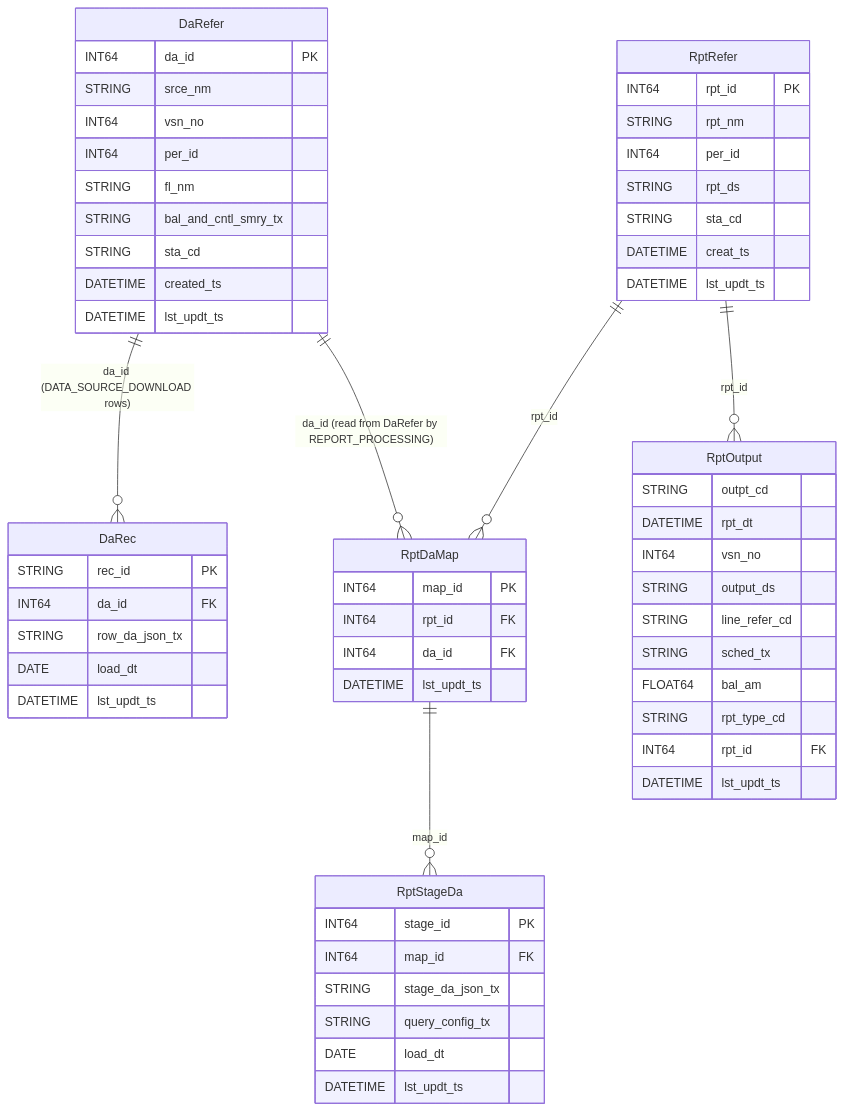
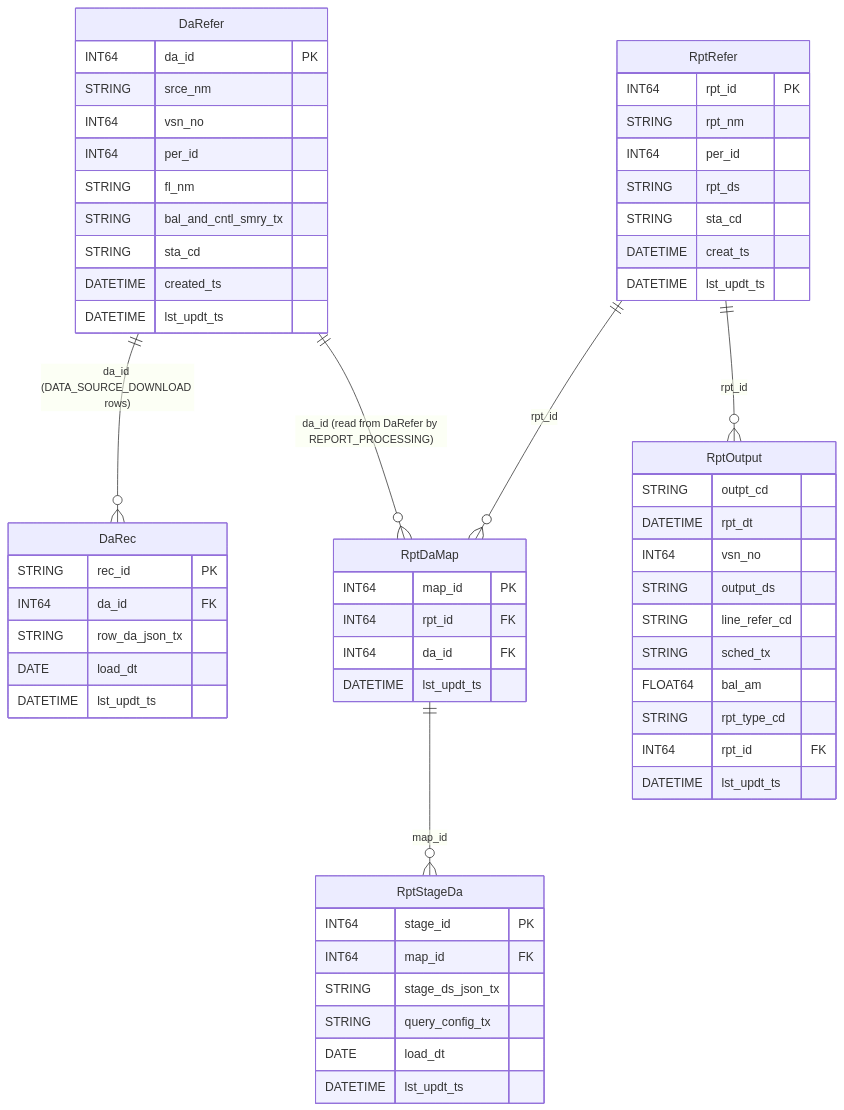
One commit to tushark-16bit/beam_framework changed diagram 13 of 15 in WALKTHROUGH.md. Above: the diagram before and after it, drawn with Mermaid. The commit also changed 8 other files, not shown here.

First line of the commit message:
Rename RptStageDa's JSON column from stage_da_json_tx to stage_ds_json_tx

````diff
--- a/WALKTHROUGH.md
+++ b/WALKTHROUGH.md
@@ -620,67 +620,67 @@
 ```mermaid
 erDiagram
     DaRefer {
         INT64 da_id PK
         STRING srce_nm
         INT64 vsn_no
         INT64 per_id
         STRING fl_nm
         STRING bal_and_cntl_smry_tx
         STRING sta_cd
         DATETIME created_ts
         DATETIME lst_updt_ts
     }
 
     DaRec {
         STRING rec_id PK
         INT64 da_id FK
         STRING row_da_json_tx
         DATE load_dt
         DATETIME lst_updt_ts
     }
 
     RptRefer {
         INT64 rpt_id PK
         STRING rpt_nm
         INT64 per_id
         STRING rpt_ds
         STRING sta_cd
         DATETIME creat_ts
         DATETIME lst_updt_ts
     }
 
     RptDaMap {
         INT64 map_id PK
         INT64 rpt_id FK
         INT64 da_id FK
         DATETIME lst_updt_ts
     }
 
     RptStageDa {
         INT64 stage_id PK
         INT64 map_id FK
-        STRING stage_da_json_tx
+        STRING stage_ds_json_tx
         STRING query_config_tx
         DATE load_dt
         DATETIME lst_updt_ts
     }
 
     RptOutput {
         STRING outpt_cd
         DATETIME rpt_dt
         INT64 vsn_no
         STRING output_ds
         STRING line_refer_cd
         STRING sched_tx
         FLOAT64 bal_am
         STRING rpt_type_cd
         INT64 rpt_id FK
         DATETIME lst_updt_ts
     }
 
     DaRefer ||--o{ DaRec : "da_id (DATA_SOURCE_DOWNLOAD rows)"
     RptRefer ||--o{ RptDaMap : "rpt_id"
     RptDaMap ||--o{ RptStageDa : "map_id"
     RptRefer ||--o{ RptOutput : "rpt_id"
     DaRefer ||--o{ RptDaMap : "da_id (read from DaRefer by REPORT_PROCESSING)"
 ```
````
